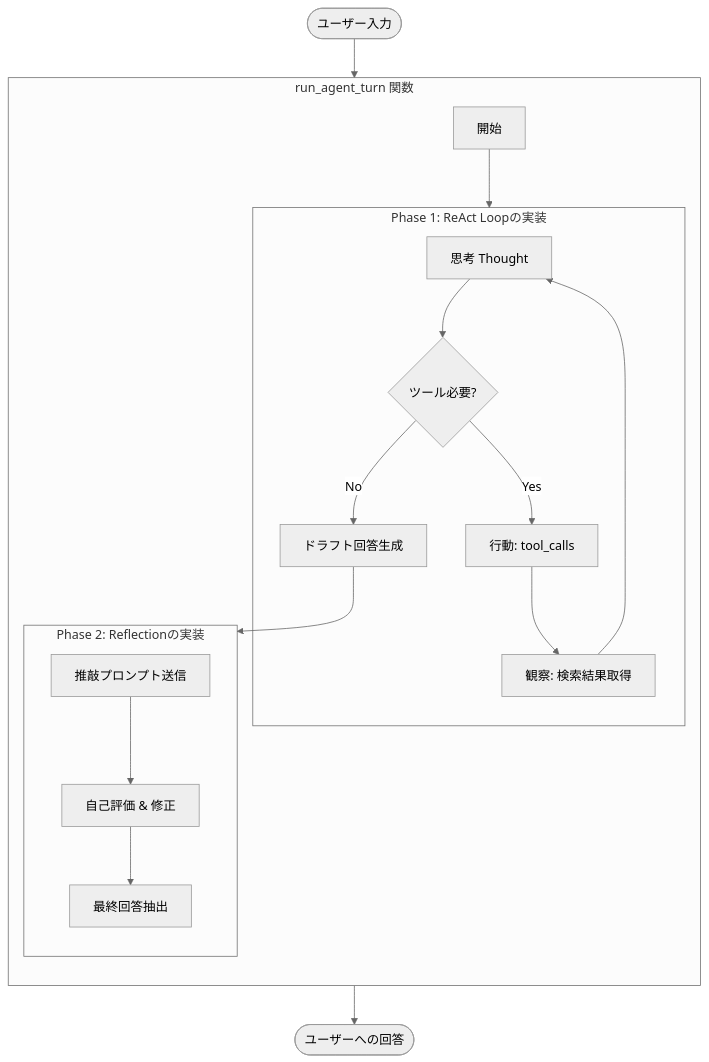
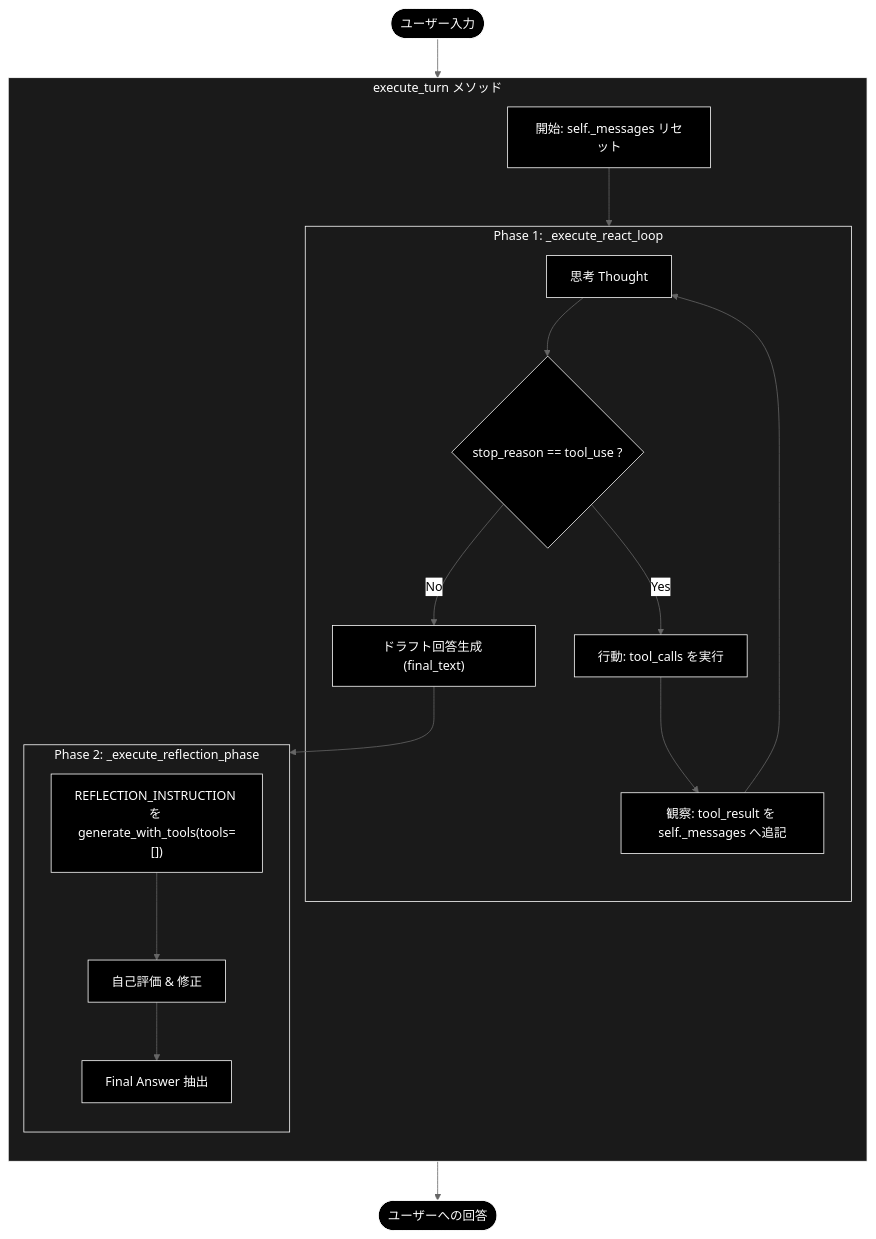
One commit to nakashima2toshio/ollama_grace_agent_v2 changed the seventh of 10 diagrams in readme_react_reflection.md. Above: the diagram before and after it, drawn with Mermaid (neutral theme). The commit also changed other lines of this file and 7 other files, not shown here.

````diff
--- a/readme_react_reflection.md
+++ b/readme_react_reflection.md
@@ -646,24 +729,30 @@
 ```mermaid
 flowchart TD
-    User([ユーザー入力]) --> Start
-    subgraph Agent_Process [run_agent_turn 関数]
+    User(["ユーザー入力"]) --> Start
+    subgraph Agent_Process ["execute_turn メソッド"]
         direction TB
-        Start[開始] --> ReAct_Phase
+        Start["開始: self._messages リセット"] --> ReAct_Phase
 
-        subgraph ReAct_Phase [Phase 1: ReAct Loopの実装]
-            Think[思考 Thought] --> Decide{ツール必要?}
-            Decide -- Yes --> Action[行動: tool_calls]
-            Action --> Observe[観察: 検索結果取得]
+        subgraph ReAct_Phase ["Phase 1: _execute_react_loop"]
+            Think["思考 Thought"] --> Decide{"stop_reason == tool_use ?"}
+            Decide -- Yes --> Action["行動: tool_calls を実行"]
+            Action --> Observe["観察: tool_result を self._messages へ追記"]
             Observe --> Think
-            Decide -- No --> Draft[ドラフト回答生成]
+            Decide -- No --> Draft["ドラフト回答生成 (final_text)"]
         end
 
         Draft --> Reflection_Phase
 
-        subgraph Reflection_Phase [Phase 2: Reflectionの実装]
-            Review[推敲プロンプト送信] --> Critique[自己評価 & 修正]
-            Critique --> Finalize[最終回答抽出]
+        subgraph Reflection_Phase ["Phase 2: _execute_reflection_phase"]
+            Review["REFLECTION_INSTRUCTION を generate_with_tools(tools=[])"] --> Critique["自己評価 & 修正"]
+            Critique --> Finalize["Final Answer 抽出"]
         end
     end
-    Finalize --> Output([ユーザーへの回答])
+    Finalize --> Output(["ユーザーへの回答"])
+classDef default fill:#000,stroke:#fff,color:#fff
+classDef subgraphStyle fill:#1a1a1a,stroke:#fff,color:#fff
+class User,Start,Think,Decide,Action,Observe,Draft,Review,Critique,Finalize,Output default
+style Agent_Process fill:#1a1a1a,stroke:#fff,color:#fff
+style ReAct_Phase fill:#1a1a1a,stroke:#fff,color:#fff
+style Reflection_Phase fill:#1a1a1a,stroke:#fff,color:#fff
 ```
````
